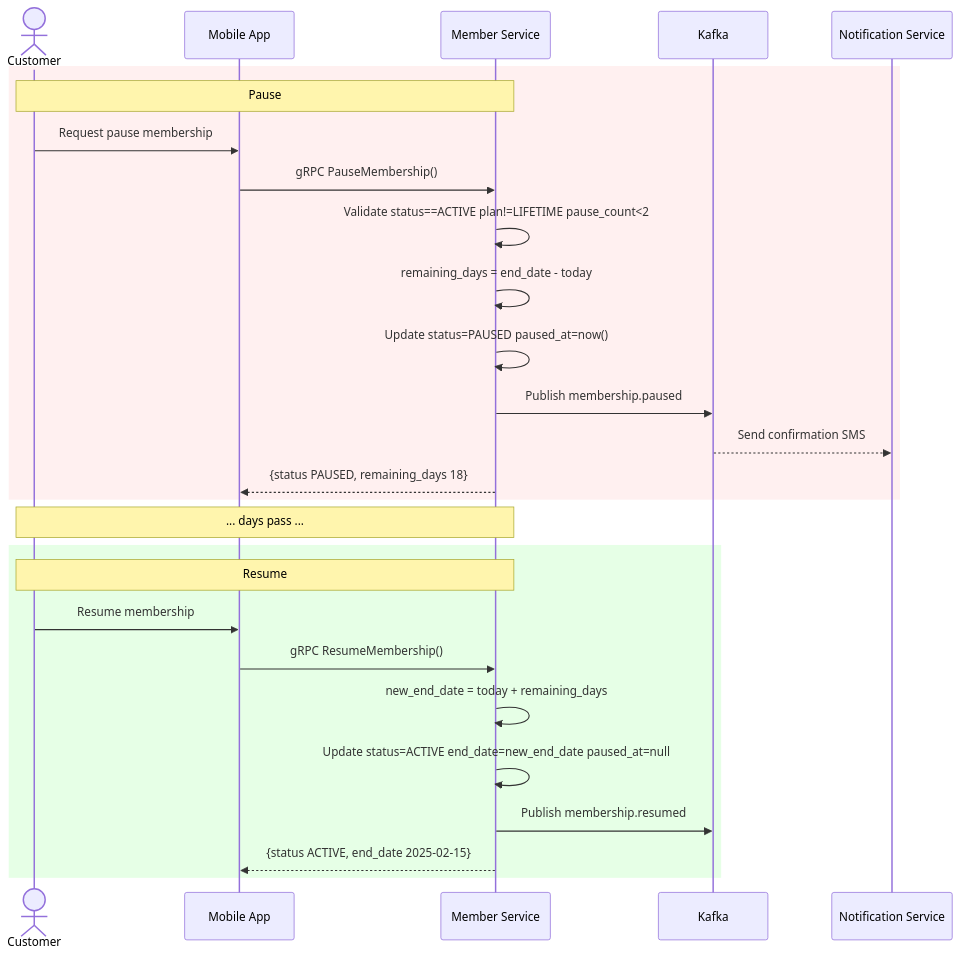
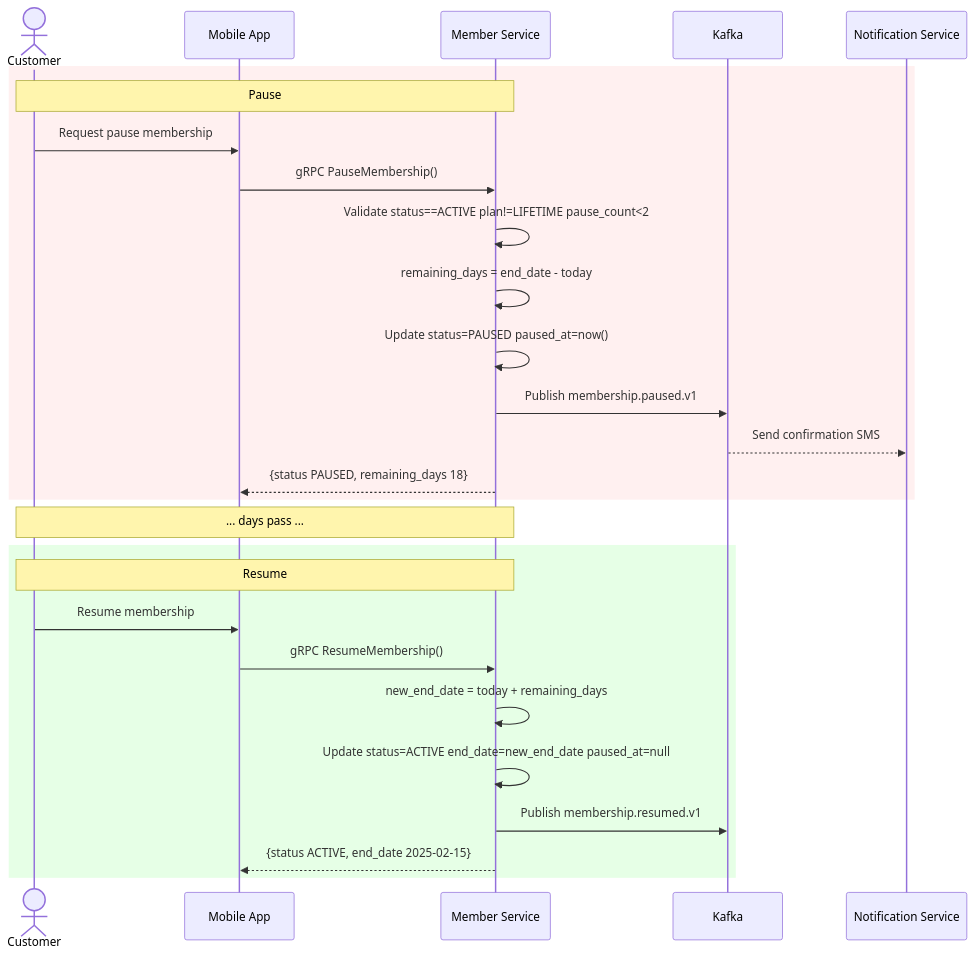
The tenth of 15 diagrams in flows/01-business-flows.md (pploc/gym-architect), drawn with Mermaid before and after one commit. The commit also changed other lines of this file and 15 other files, not shown here.

````diff
--- a/flows/01-business-flows.md
+++ b/flows/01-business-flows.md
@@ -367,36 +384,36 @@
 ```mermaid
 sequenceDiagram
     actor C as Customer
     participant APP as Mobile App
     participant MS as Member Service
     participant KF as Kafka
     participant NS as Notification Service
 
     rect rgb(255, 240, 240)
     Note over C,MS: Pause
     C->>APP: Request pause membership
     APP->>MS: gRPC PauseMembership()
     MS->>MS: Validate status==ACTIVE plan!=LIFETIME pause_count<2
 
     MS->>MS: remaining_days = end_date - today
     MS->>MS: Update status=PAUSED paused_at=now()
-    MS->>KF: Publish membership.paused
+    MS->>KF: Publish membership.paused.v1
 
     KF-->>NS: Send confirmation SMS
 
     MS-->>APP: {status PAUSED, remaining_days 18}
     end
 
     Note over C,MS: ... days pass ...
 
     rect rgb(230, 255, 230)
     Note over C,MS: Resume
     C->>APP: Resume membership
     APP->>MS: gRPC ResumeMembership()
     MS->>MS: new_end_date = today + remaining_days
     MS->>MS: Update status=ACTIVE end_date=new_end_date paused_at=null
 
-    MS->>KF: Publish membership.resumed
+    MS->>KF: Publish membership.resumed.v1
     MS-->>APP: {status ACTIVE, end_date 2025-02-15}
     end
 ```
````
